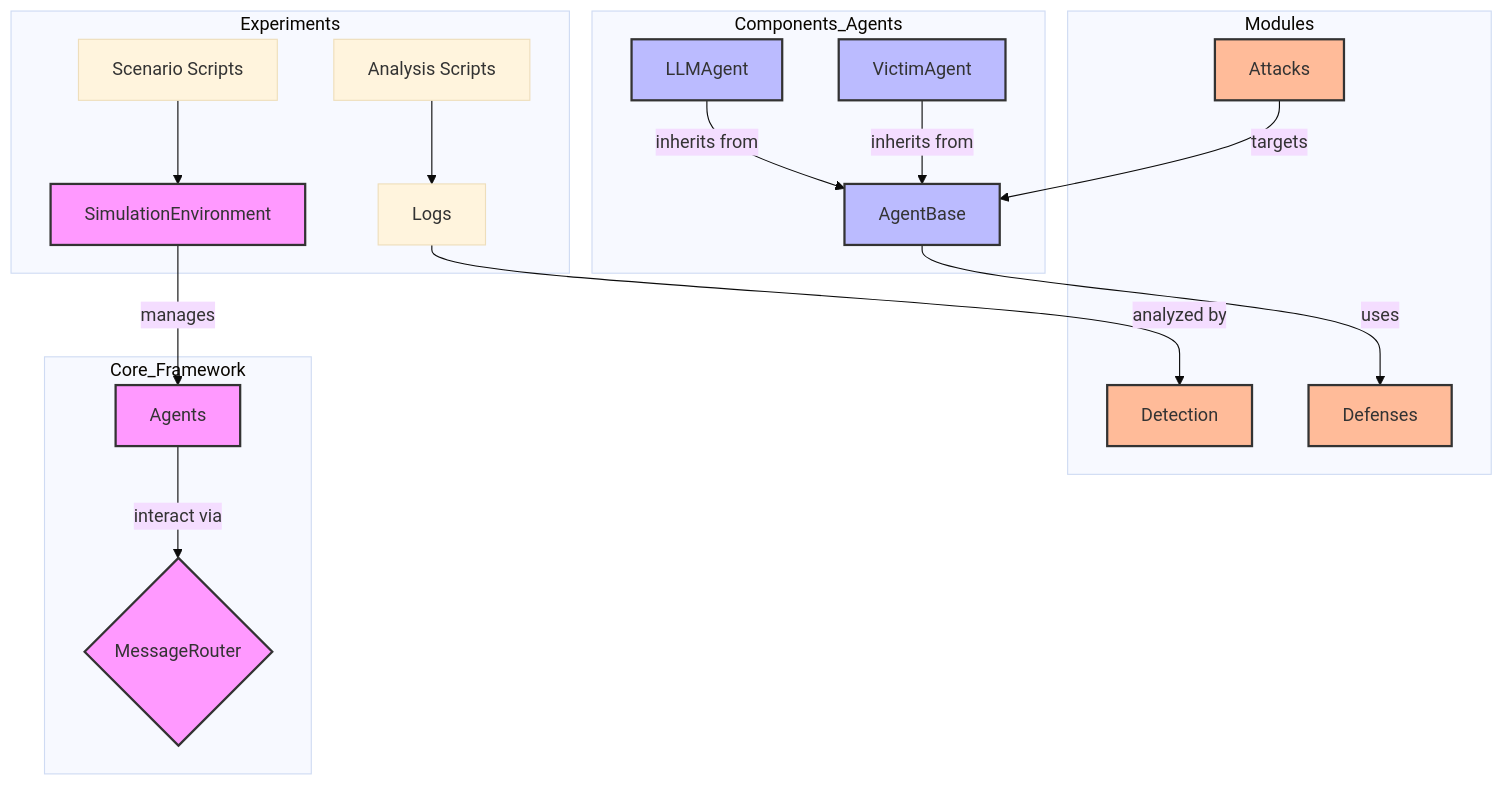
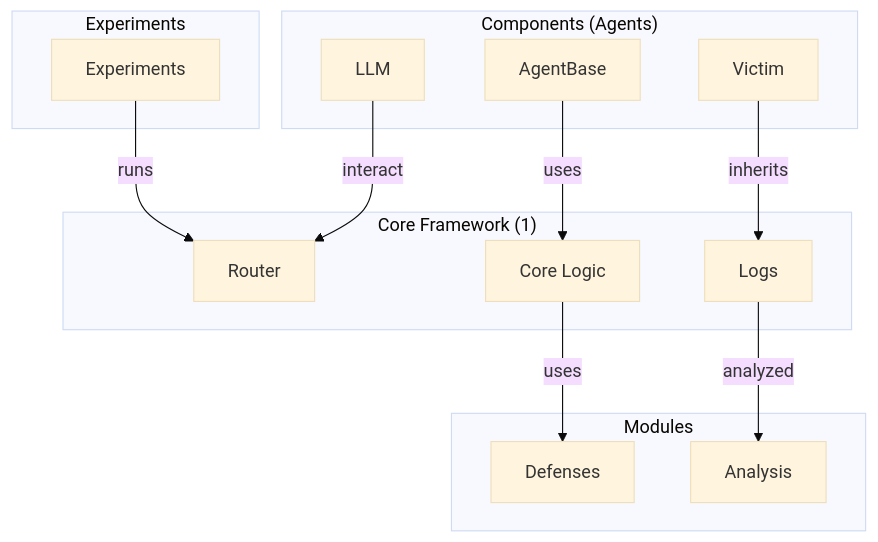
The diagram in README.md (annoeyed/MA_BLR), drawn with Mermaid (base theme) before and after one commit.

````diff
--- a/README.md
+++ b/README.md
@@ -23,51 +23,40 @@
 ```mermaid
-graph TD
+flowchart TB
 
-%% COMPONENTS
-subgraph Components_Agents
-  LLMAgent[LLMAgent]
-  VictimAgent[VictimAgent]
-  AB[AgentBase]
-  LLMAgent -->|inherits from| AB
-  VictimAgent -->|inherits from| AB
-end
+    %% ===== 그룹: Experiments =====
+    subgraph EXP[Experiments]
+        Experiments[Experiments]
+    end
 
-%% MODULES
-subgraph Modules
-  Attacks[Attacks]
-  Defenses[Defenses]
-  Detection[Detection]
-end
+    %% ===== 그룹: Core Framework (1) =====
+    subgraph CORE1["Core Framework (1)"]
+        Router[Router]
+        CoreLogic[Core Logic]
+        Logs[Logs]
+    end
 
-Attacks -->|targets| AB
-AB -->|uses| Defenses
+    %% ===== 그룹: Components (Agents) =====
+    subgraph AGENTS["Components (Agents)"]
+        LLM[LLM]
+        Victim[Victim]
+        AgentBase[AgentBase]
+    end
 
-%% EXPERIMENTS
-subgraph Experiments
-  Scenario[Scenario Scripts]
-  Analysis[Analysis Scripts]
-  Scenario --> SimEnv[SimulationEnvironment]
-  Analysis --> Logs[Logs]
-end
+    %% ===== 그룹: Modules =====
+    subgraph MODS[Modules]
+        Defenses[Defenses]
+        Analysis[Analysis]
+    end
 
-%% POST SIMULATION
-Logs -->|analyzed by| Detection
-
-%% CORE
-subgraph Core_Framework
-  SimEnv -->|manages| CoreAgents[Agents]
-  CoreAgents -->|interact via| Router{MessageRouter}
-end
-
-%% CLASS STYLES
-classDef mod fill:#fb9,stroke:#333,stroke-width:2px
-classDef comp fill:#bbf,stroke:#333,stroke-width:2px
-classDef core fill:#f9f,stroke:#333,stroke-width:2px
-class Attacks,Defenses,Detection mod
-class AB,LLMAgent,VictimAgent comp
-class SimEnv,CoreAgents,Router core
+    %% ===== 관계선 =====
+    Experiments -->|runs| Router
+    LLM -->|interact| Router
+    Victim -->|inherits| Logs
+    AgentBase -->|uses| CoreLogic
+    CoreLogic -->|uses| Defenses
+    Logs -->|analyzed| Analysis
 
 
 
 
 ```
````
